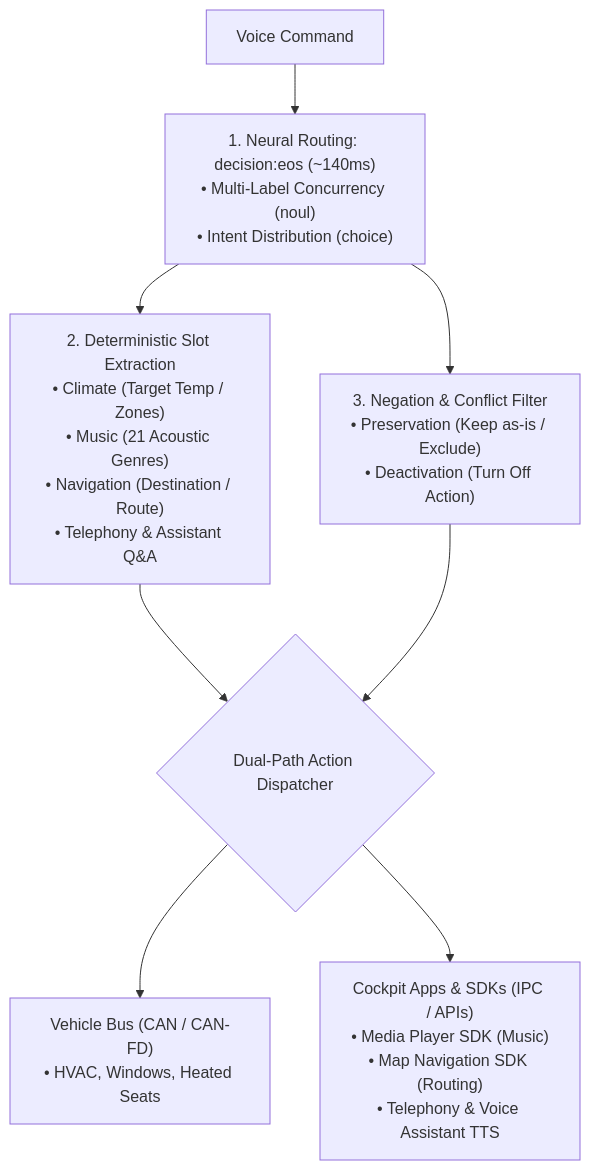
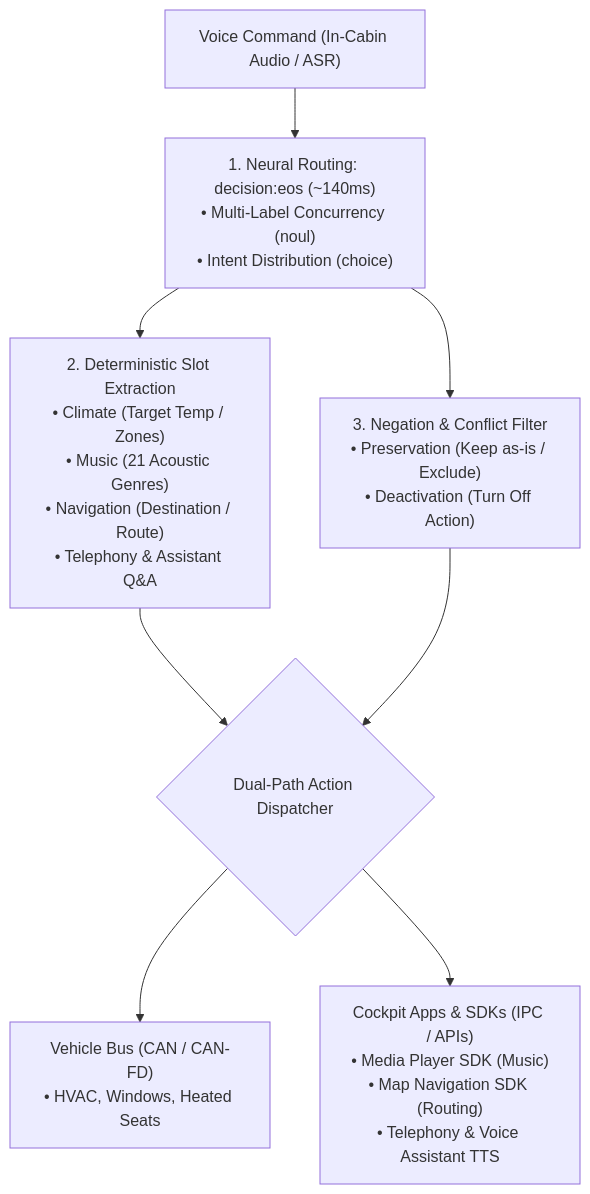
Before and after one commit to neura-edit/omni-intent: the diagram in README.md, drawn with Mermaid. The commit also changed other lines of this file and 2 other files, not shown here.

Commit message:
docs: detail local deployment, MLX acceleration vs cloud latency, and quantization roadmap

````diff
--- a/README.md
+++ b/README.md
@@ -36,10 +112,10 @@
 ```mermaid
 flowchart TD
-    A["Voice Command"] --> B["1. Neural Routing: decision:eos (~140ms)<br/>• Multi-Label Concurrency (noul)<br/>• Intent Distribution (choice)"]
+    A["Voice Command (In-Cabin Audio / ASR)"] --> B["1. Neural Routing: decision:eos (~140ms)<br/>• Multi-Label Concurrency (noul)<br/>• Intent Distribution (choice)"]
     B --> C["2. Deterministic Slot Extraction<br/>• Climate (Target Temp / Zones)<br/>• Music (21 Acoustic Genres)<br/>• Navigation (Destination / Route)<br/>• Telephony & Assistant Q&A"]
     B --> D["3. Negation & Conflict Filter<br/>• Preservation (Keep as-is / Exclude)<br/>• Deactivation (Turn Off Action)"]
     C --> E{"Dual-Path Action Dispatcher"}
     D --> E
     E --> F["Vehicle Bus (CAN / CAN-FD)<br/>• HVAC, Windows, Heated Seats"]
     E --> G["Cockpit Apps & SDKs (IPC / APIs)<br/>• Media Player SDK (Music)<br/>• Map Navigation SDK (Routing)<br/>• Telephony & Voice Assistant TTS"]
 ```
````
